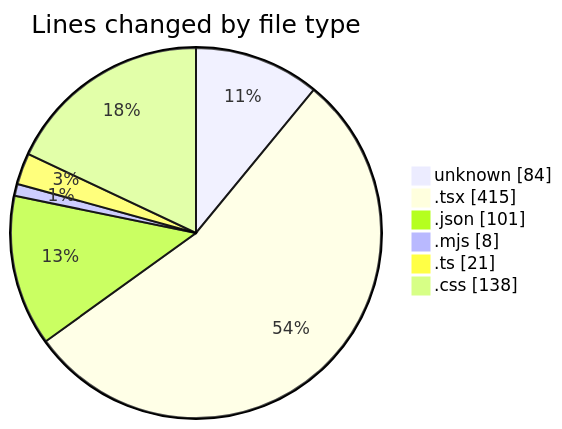
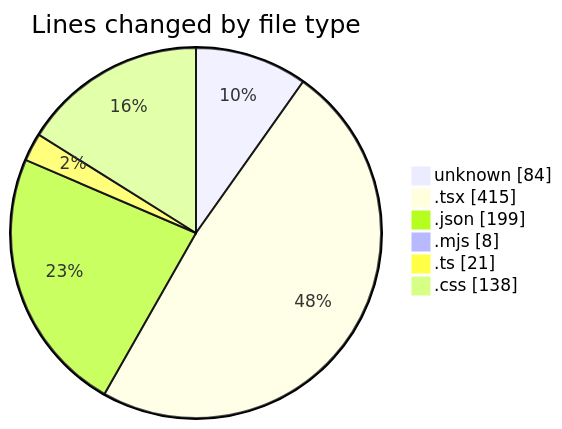
Before and after one commit to Elitesun/code-tracking: the first of 2 diagrams in 2025-05-15/niten/README.md, drawn with Mermaid. The commit also changed other lines of this file and 1 other file, not shown here.

````diff
--- a/2025-05-15/niten/README.md
+++ b/2025-05-15/niten/README.md
@@ -28,10 +28,10 @@
 ```mermaid
 pie showData
 title Lines changed by file type
 "unknown" : 84
 ".tsx" : 415
-".json" : 101
+".json" : 199
 ".mjs" : 8
 ".ts" : 21
 ".css" : 138
 ```
````
